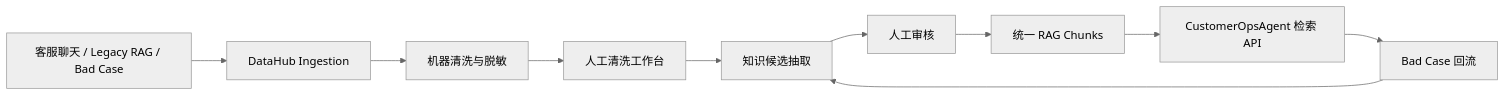
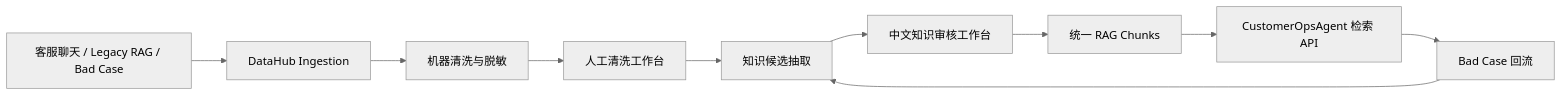
Before and after one commit to Strange-Men/DataHub: the diagram in README.md, drawn with Mermaid (neutral theme). The commit also changed other lines of this file and 21 other files, not shown here.

````diff
--- a/README.md
+++ b/README.md
@@ -71,12 +71,12 @@
 ```mermaid
 flowchart LR
   A["客服聊天 / Legacy RAG / Bad Case"] --> B["DataHub Ingestion"]
   B --> C["机器清洗与脱敏"]
   C --> D["人工清洗工作台"]
   D --> E["知识候选抽取"]
-  E --> F["人工审核"]
+  E --> F["中文知识审核工作台"]
   F --> G["统一 RAG Chunks"]
   G --> H["CustomerOpsAgent 检索 API"]
   H --> I["Bad Case 回流"]
   I --> E
 ```
````
